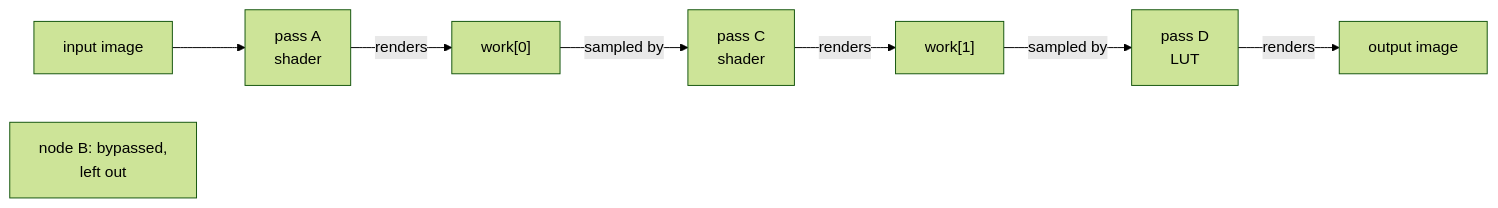
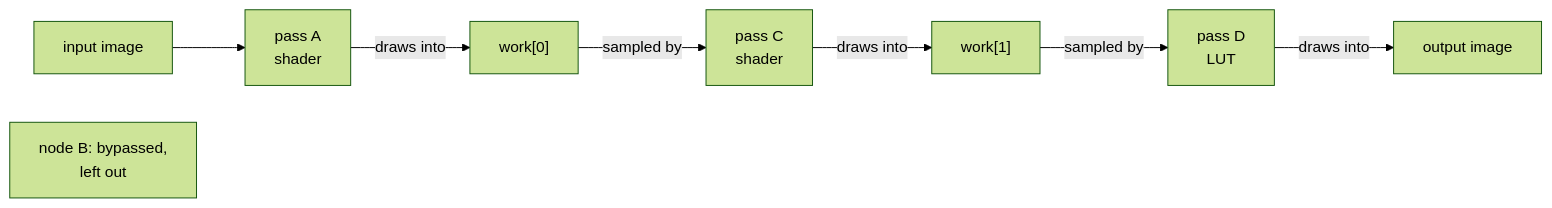
One commit to emanuelemessina/ReaShader changed diagram 11 of 16 in doc/rendering.md. Above: the diagram before and after it, drawn with Mermaid (forest theme). The commit also changed other lines of this file and 1 other file, not shown here.

````diff
--- a/doc/rendering.md
+++ b/doc/rendering.md
@@ -297,10 +401,10 @@
 ```mermaid
 flowchart LR
     In["input image"] --> A["pass A<br/>shader"]
-    A -->|"renders"| W0["work[0]"]
+    A -->|"draws into"| W0["work[0]"]
     W0 -->|"sampled by"| C["pass C<br/>shader"]
-    C -->|"renders"| W1["work[1]"]
+    C -->|"draws into"| W1["work[1]"]
     W1 -->|"sampled by"| D["pass D<br/>LUT"]
-    D -->|"renders"| Out["output image"]
+    D -->|"draws into"| Out["output image"]
     B["node B: bypassed,<br/>left out"]
 ```
````
